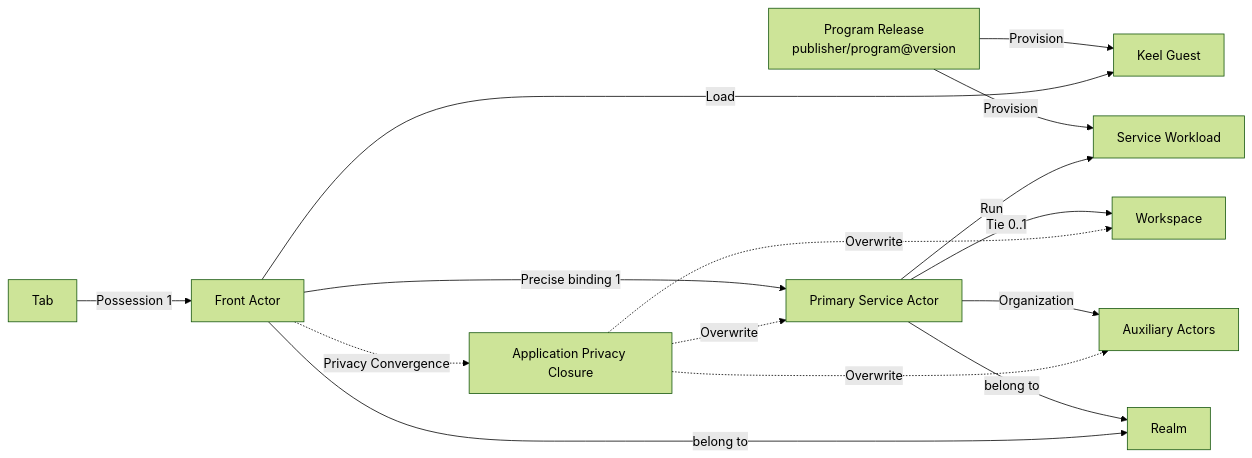
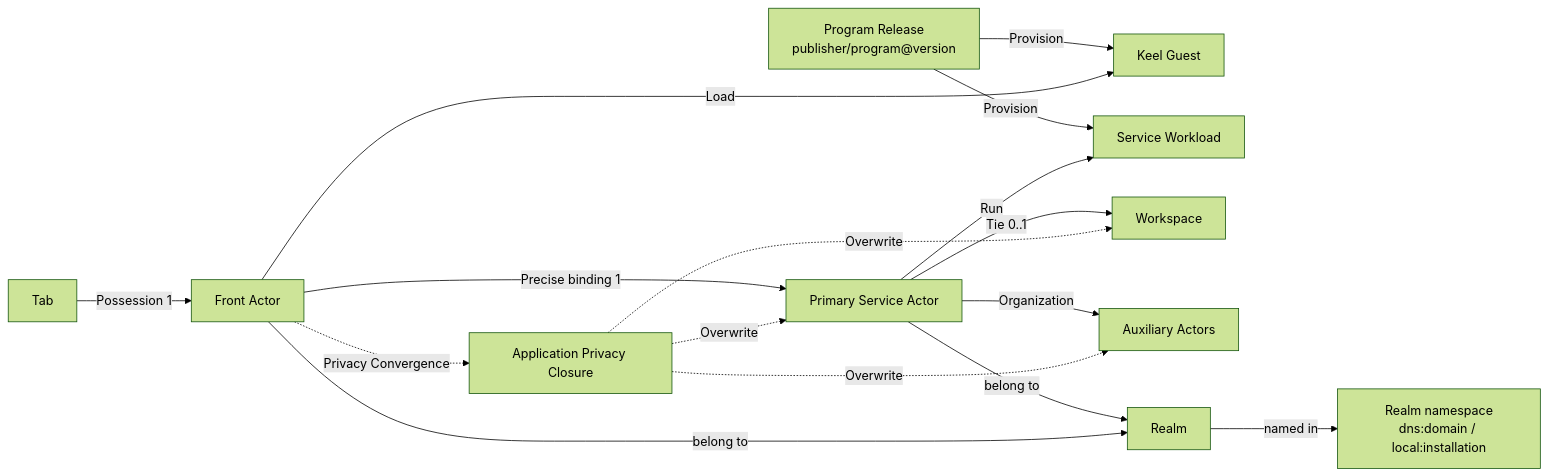
The diagram in docs/product/actrium-v1/02-domain-model.md (Actrium/actrium), drawn with Mermaid (forest theme) before and after one commit. The commit also changed other lines of this file and 53 other files, not shown here.

First line of the commit message:
docs: redefine Realm as a per-instance trust domain under a DNS namespace

````diff
--- a/docs/product/actrium-v1/02-domain-model.md
+++ b/docs/product/actrium-v1/02-domain-model.md
@@ -5,17 +5,18 @@
 ```mermaid
 flowchart LR
     P["Program Release<br/>publisher/program@version"] -->|Provision| G["Keel Guest"]
     P -->|Provision| W["Service Workload"]
     T["Tab"] -->|Possession 1| F["Front Actor"]
     F -->|Load| G
     F -->|Precise binding 1| S["Primary Service Actor"]
     S -->|Run| W
     S -->|Tie 0..1| WS["Workspace"]
     S -->|Organization| A["Auxiliary Actors"]
     S -->|belong to| R["Realm"]
     F -->|belong to| R
+    R -->|named in| NS["Realm namespace<br/>dns:domain / local:installation"]
     F -.Privacy Convergence.-> PRIV["Application Privacy Closure"]
     PRIV -.Overwrite.-> S
     PRIV -.Overwrite.-> A
     PRIV -.Overwrite.-> WS
 ```
````
